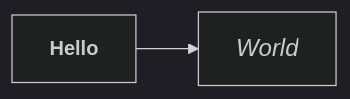
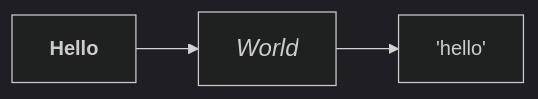
The second of 2 diagrams in test/docs/index.md (fralau/mkdocs-mermaid2-plugin), drawn with Mermaid (dark theme) before and after one commit. The commit also changed other lines of this file and 2 other files, not shown here.

Commit message:
Add tests

````diff
--- a/test/docs/index.md
+++ b/test/docs/index.md
@@ -22,4 +23,5 @@
 ```mermaid
 graph LR
     hello["<b>Hello</b>"] --> world["<big><i>World</i></big>"]
+    world --> pandoc['hello']
 ```
````
